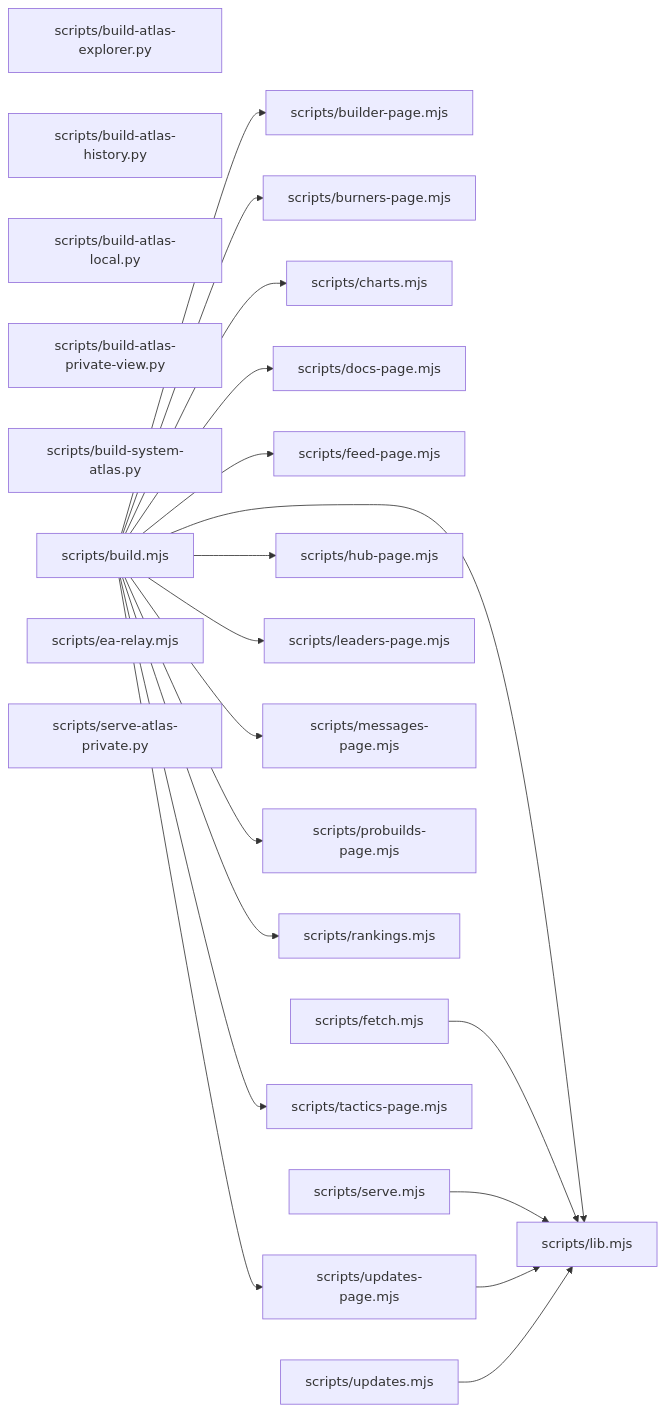
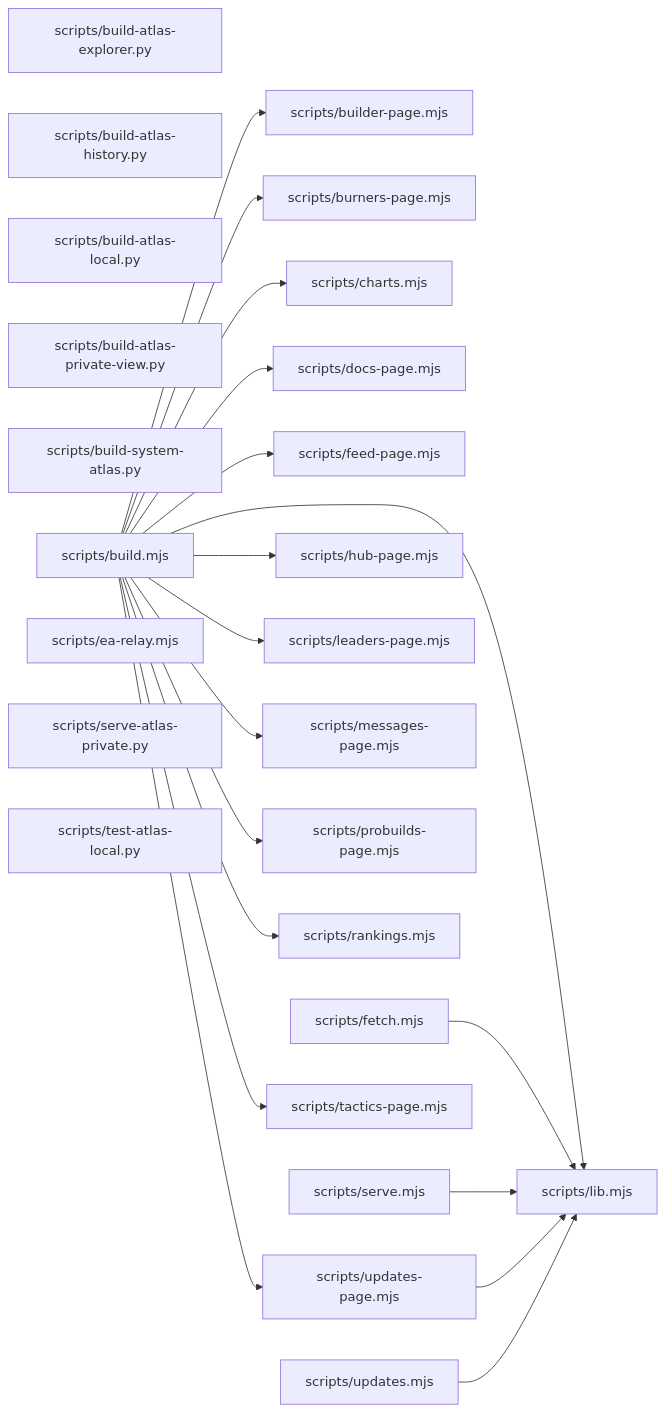
The diagram in PLANNING/system-atlas/layer-scripts.md (devroadtosucces15-boop/Norex-United-FC), drawn with Mermaid before and after one commit. The commit also changed 4 other files, not shown here.

````diff
--- a/PLANNING/system-atlas/layer-scripts.md
+++ b/PLANNING/system-atlas/layer-scripts.md
@@ -5,44 +5,45 @@
 ```mermaid
 flowchart LR
   n0["scripts/build-atlas-explorer.py"]
   n1["scripts/build-atlas-history.py"]
   n2["scripts/build-atlas-local.py"]
   n3["scripts/build-atlas-private-view.py"]
   n4["scripts/build-system-atlas.py"]
   n5["scripts/build.mjs"]
   n6["scripts/builder-page.mjs"]
   n7["scripts/burners-page.mjs"]
   n8["scripts/charts.mjs"]
   n9["scripts/docs-page.mjs"]
   n10["scripts/ea-relay.mjs"]
   n11["scripts/feed-page.mjs"]
   n12["scripts/fetch.mjs"]
   n13["scripts/hub-page.mjs"]
   n14["scripts/leaders-page.mjs"]
   n15["scripts/lib.mjs"]
   n16["scripts/messages-page.mjs"]
   n17["scripts/probuilds-page.mjs"]
   n18["scripts/rankings.mjs"]
   n19["scripts/serve-atlas-private.py"]
   n20["scripts/serve.mjs"]
   n21["scripts/tactics-page.mjs"]
-  n22["scripts/updates-page.mjs"]
-  n23["scripts/updates.mjs"]
+  n22["scripts/test-atlas-local.py"]
+  n23["scripts/updates-page.mjs"]
+  n24["scripts/updates.mjs"]
   n5 --> n6
   n5 --> n7
   n5 --> n8
   n5 --> n9
   n5 --> n11
   n5 --> n13
   n5 --> n14
   n5 --> n15
   n5 --> n16
   n5 --> n17
   n5 --> n18
   n5 --> n21
-  n5 --> n22
+  n5 --> n23
   n12 --> n15
   n20 --> n15
-  n22 --> n15
   n23 --> n15
+  n24 --> n15
 ```
````
